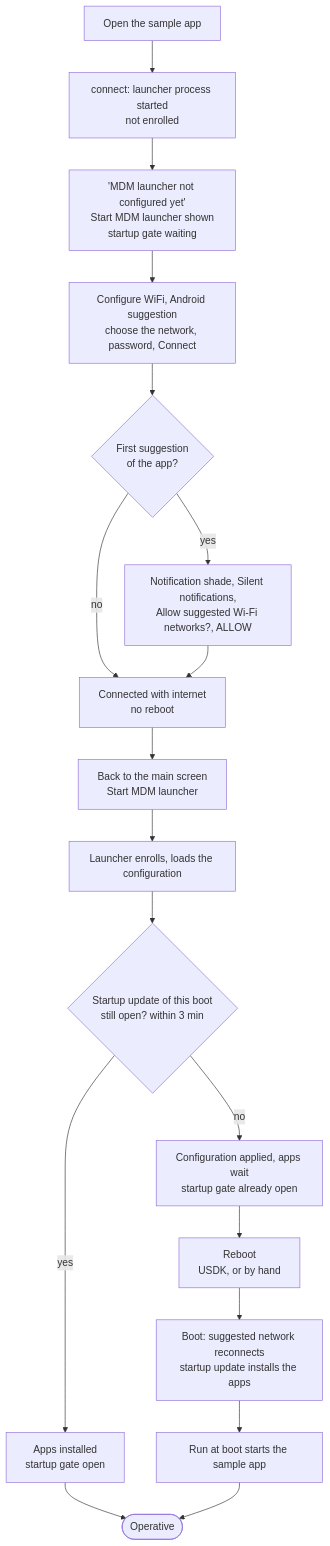
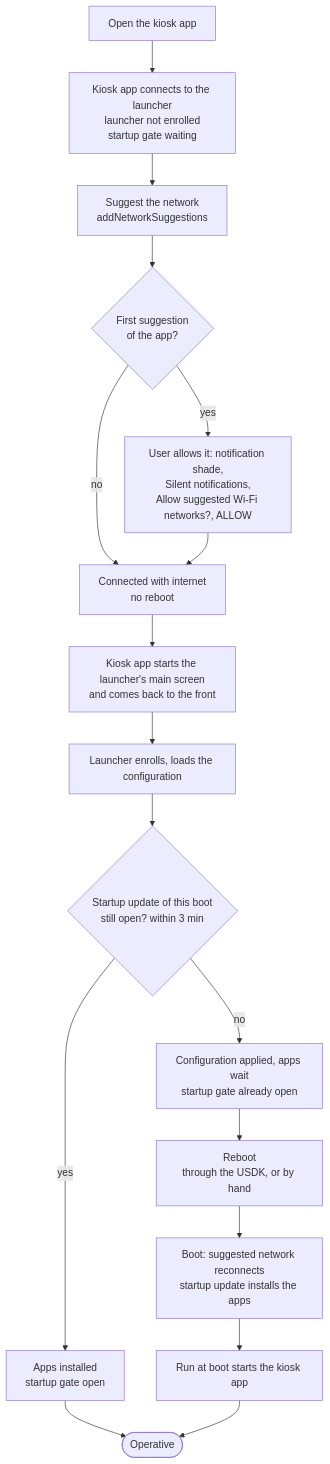
Before and after one commit to rch-fw/HmdmChangeDeviceNumber: the fourth of 4 diagrams in docs/wifi-setup.md, drawn with Mermaid. The commit also changed other lines of this file, not shown here.

First line of the commit message:
Docs: WiFi setup procedures for any kiosk app, the sample app only as an example

````diff
--- a/docs/wifi-setup.md
+++ b/docs/wifi-setup.md
@@ -231,20 +229,19 @@
 ```mermaid
 flowchart TD
-    A[Open the sample app] --> B[connect: launcher process started<br/>not enrolled]
-    B --> C['MDM launcher not configured yet'<br/>Start MDM launcher shown<br/>startup gate waiting]
-    C --> D[Configure WiFi, Android suggestion<br/>choose the network, password, Connect]
-    D --> E{First suggestion<br/>of the app?}
-    E -- yes --> F[Notification shade, Silent notifications,<br/>Allow suggested Wi-Fi networks?, ALLOW]
-    E -- no --> G
-    F --> G[Connected with internet<br/>no reboot]
-    G --> H[Back to the main screen<br/>Start MDM launcher]
-    H --> I[Launcher enrolls, loads the configuration]
-    I --> J{Startup update of this boot<br/>still open? within 3 min}
-    J -- yes --> K[Apps installed<br/>startup gate open]
-    K --> P([Operative])
-    J -- no --> L[Configuration applied, apps wait<br/>startup gate already open]
-    L --> M[Reboot<br/>USDK, or by hand]
+    A[Open the kiosk app] --> B[Kiosk app connects to the launcher<br/>launcher not enrolled<br/>startup gate waiting]
+    B --> C[Suggest the network<br/>addNetworkSuggestions]
+    C --> D{First suggestion<br/>of the app?}
+    D -- yes --> E[User allows it: notification shade,<br/>Silent notifications,<br/>Allow suggested Wi-Fi networks?, ALLOW]
+    D -- no --> F
+    E --> F[Connected with internet<br/>no reboot]
+    F --> G[Kiosk app starts the launcher's main screen<br/>and comes back to the front]
+    G --> H[Launcher enrolls, loads the configuration]
+    H --> I{Startup update of this boot<br/>still open? within 3 min}
+    I -- yes --> J[Apps installed<br/>startup gate open]
+    J --> P([Operative])
+    I -- no --> L[Configuration applied, apps wait<br/>startup gate already open]
+    L --> M[Reboot<br/>through the USDK, or by hand]
     M --> N[Boot: suggested network reconnects<br/>startup update installs the apps]
-    N --> O[Run at boot starts the sample app]
+    N --> O[Run at boot starts the kiosk app]
     O --> P
 ```
````
